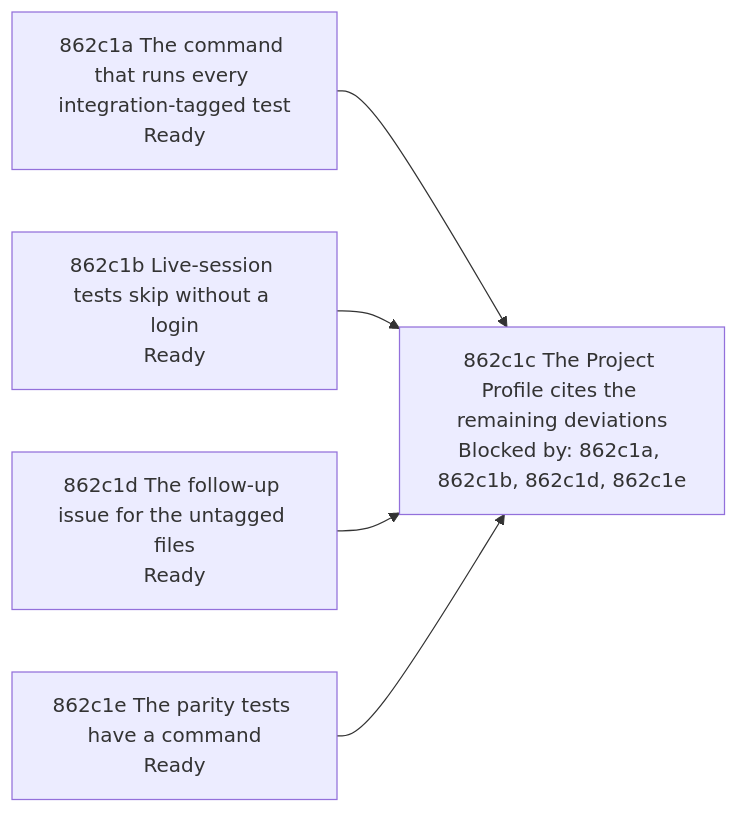
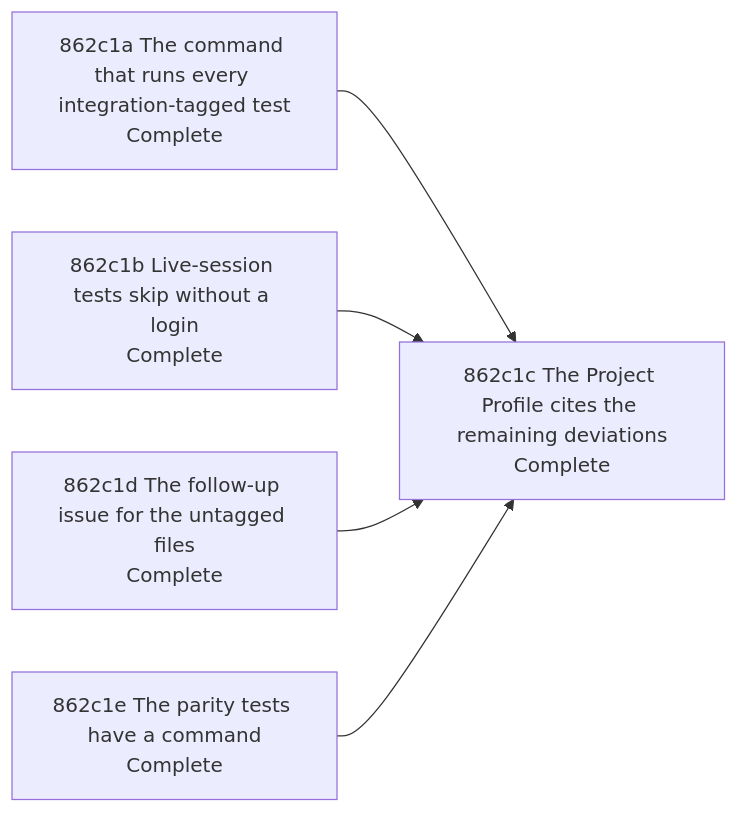
One commit to toejough/engram changed the diagram in docs/changes/862_test-suite-classification/862c_implementation-plan.md. Above: the diagram before and after it, drawn with Mermaid. The commit also changed other lines of this file and 1 other file, not shown here.

First line of the commit message:
docs(861c,862c): mark the tooling nodes complete and record their evidence

````diff
--- a/docs/changes/862_test-suite-classification/862c_implementation-plan.md
+++ b/docs/changes/862_test-suite-classification/862c_implementation-plan.md
@@ -9,12 +9,12 @@
 ```mermaid
 flowchart LR
-    N1a["862c1a The command that runs every integration-tagged test<br/>Ready"]
-    N1b["862c1b Live-session tests skip without a login<br/>Ready"]
-    N1e["862c1e The parity tests have a command<br/>Ready"]
-    N1d["862c1d The follow-up issue for the untagged files<br/>Ready"]
-    N1c["862c1c The Project Profile cites the remaining deviations<br/>Blocked by: 862c1a, 862c1b, 862c1d, 862c1e"]
+    N1a["862c1a The command that runs every integration-tagged test<br/>Complete"]
+    N1b["862c1b Live-session tests skip without a login<br/>Complete"]
+    N1e["862c1e The parity tests have a command<br/>Complete"]
+    N1d["862c1d The follow-up issue for the untagged files<br/>Complete"]
+    N1c["862c1c The Project Profile cites the remaining deviations<br/>Complete"]
     N1a --> N1c
     N1b --> N1c
     N1d --> N1c
     N1e --> N1c
 ```
````
